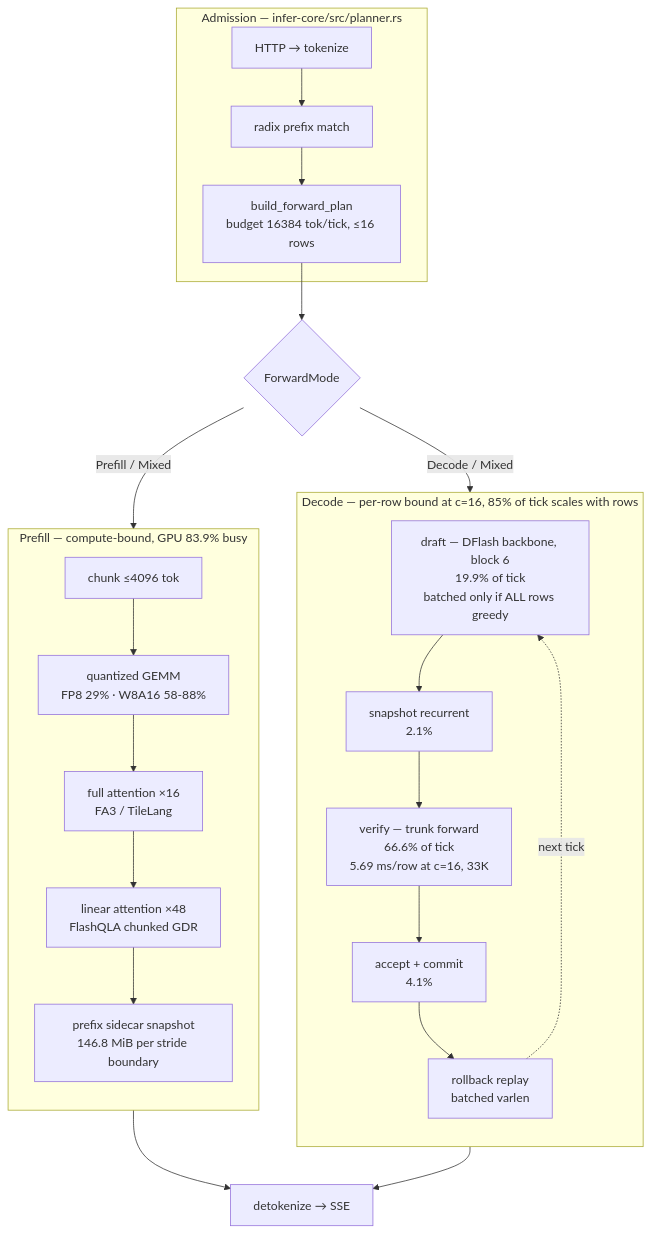
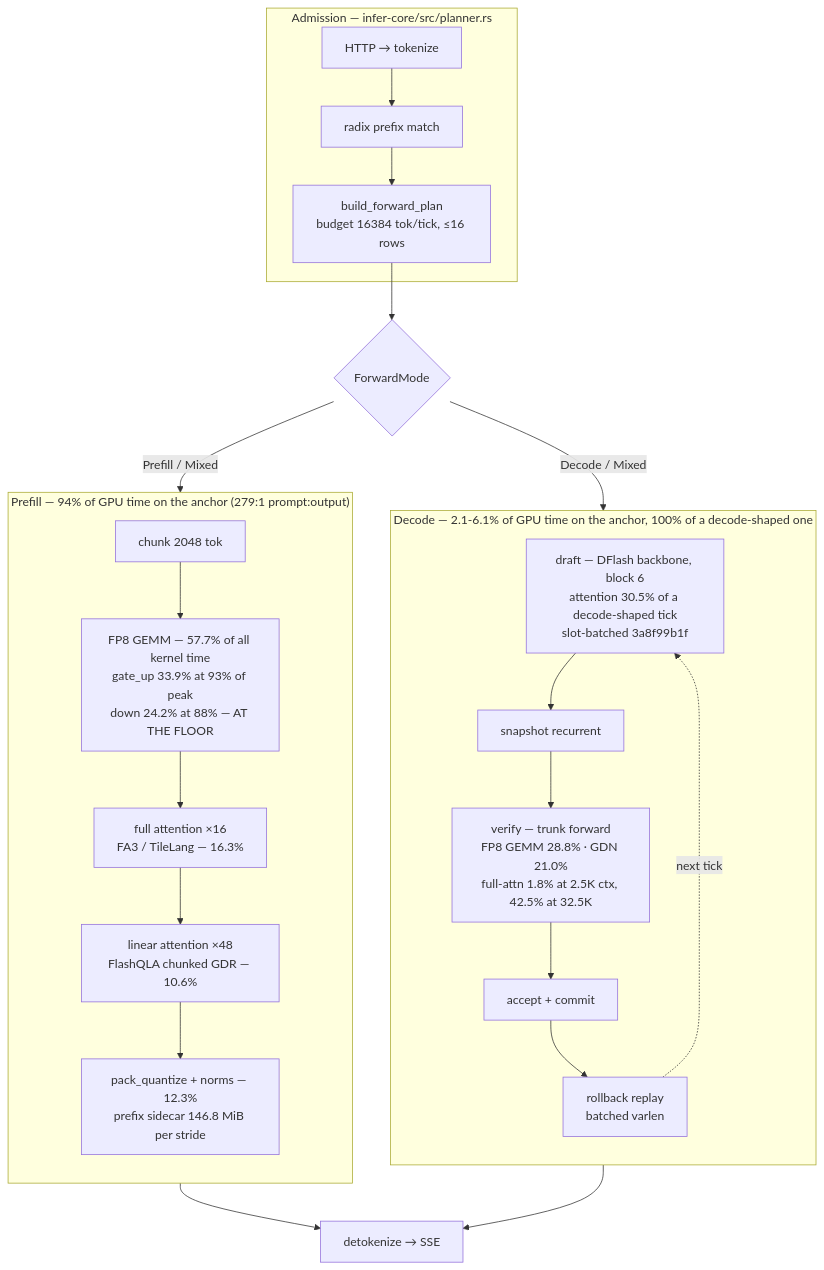
One commit to acupof-ai/arle changed the diagram in docs/perf-qwen36-27b.md. Above: the diagram before and after it, drawn with Mermaid. The commit also changed other lines of this file and 2 other files, not shown here.

First line of the commit message:
docs(cuda): decompose the anchor's FP8 GEMM into the chain map — it is at ~90% of peak

````diff
--- a/docs/perf-qwen36-27b.md
+++ b/docs/perf-qwen36-27b.md
@@ -294,31 +295,31 @@
 ```mermaid
 flowchart TB
     subgraph ADMIT["Admission — infer-core/src/planner.rs"]
         A1["HTTP → tokenize"] --> A2["radix prefix match"]
         A2 --> A3["build_forward_plan<br/>budget 16384 tok/tick, ≤16 rows"]
     end
 
     A3 --> P{"ForwardMode"}
 
-    subgraph PREFILL["Prefill — compute-bound, GPU 83.9% busy"]
+    subgraph PREFILL["Prefill — 94% of GPU time on the anchor (279:1 prompt:output)"]
         direction TB
-        B1["chunk ≤4096 tok"] --> B2["quantized GEMM<br/>FP8 29% · W8A16 58-88%"]
-        B2 --> B3["full attention ×16<br/>FA3 / TileLang"]
-        B3 --> B4["linear attention ×48<br/>FlashQLA chunked GDR"]
-        B4 --> B5["prefix sidecar snapshot<br/>146.8 MiB per stride boundary"]
+        B1["chunk 2048 tok"] --> B2["FP8 GEMM — 57.7% of all kernel time<br/>gate_up 33.9% at 93% of peak<br/>down 24.2% at 88% — AT THE FLOOR"]
+        B2 --> B3["full attention ×16<br/>FA3 / TileLang — 16.3%"]
+        B3 --> B4["linear attention ×48<br/>FlashQLA chunked GDR — 10.6%"]
+        B4 --> B5["pack_quantize + norms — 12.3%<br/>prefix sidecar 146.8 MiB per stride"]
     end
 
-    subgraph DECODE["Decode — per-row bound at c=16, 85% of tick scales with rows"]
+    subgraph DECODE["Decode — 2.1-6.1% of GPU time on the anchor, 100% of a decode-shaped one"]
         direction TB
-        C1["draft — DFlash backbone, block 6<br/>19.9% of tick<br/>batched only if ALL rows greedy"] --> C2["snapshot recurrent<br/>2.1%"]
-        C2 --> C3["verify — trunk forward<br/>66.6% of tick<br/>5.69 ms/row at c=16, 33K"]
-        C3 --> C4["accept + commit<br/>4.1%"]
+        C1["draft — DFlash backbone, block 6<br/>attention 30.5% of a decode-shaped tick<br/>slot-batched 3a8f99b1f"] --> C2["snapshot recurrent"]
+        C2 --> C3["verify — trunk forward<br/>FP8 GEMM 28.8% · GDN 21.0%<br/>full-attn 1.8% at 2.5K ctx, 42.5% at 32.5K"]
+        C3 --> C4["accept + commit"]
         C4 --> C5["rollback replay<br/>batched varlen"]
     end
 
     P -->|Prefill / Mixed| PREFILL
     P -->|Decode / Mixed| DECODE
     PREFILL --> OUT["detokenize → SSE"]
     DECODE --> OUT
     C5 -.->|next tick| C1
 ```
````
